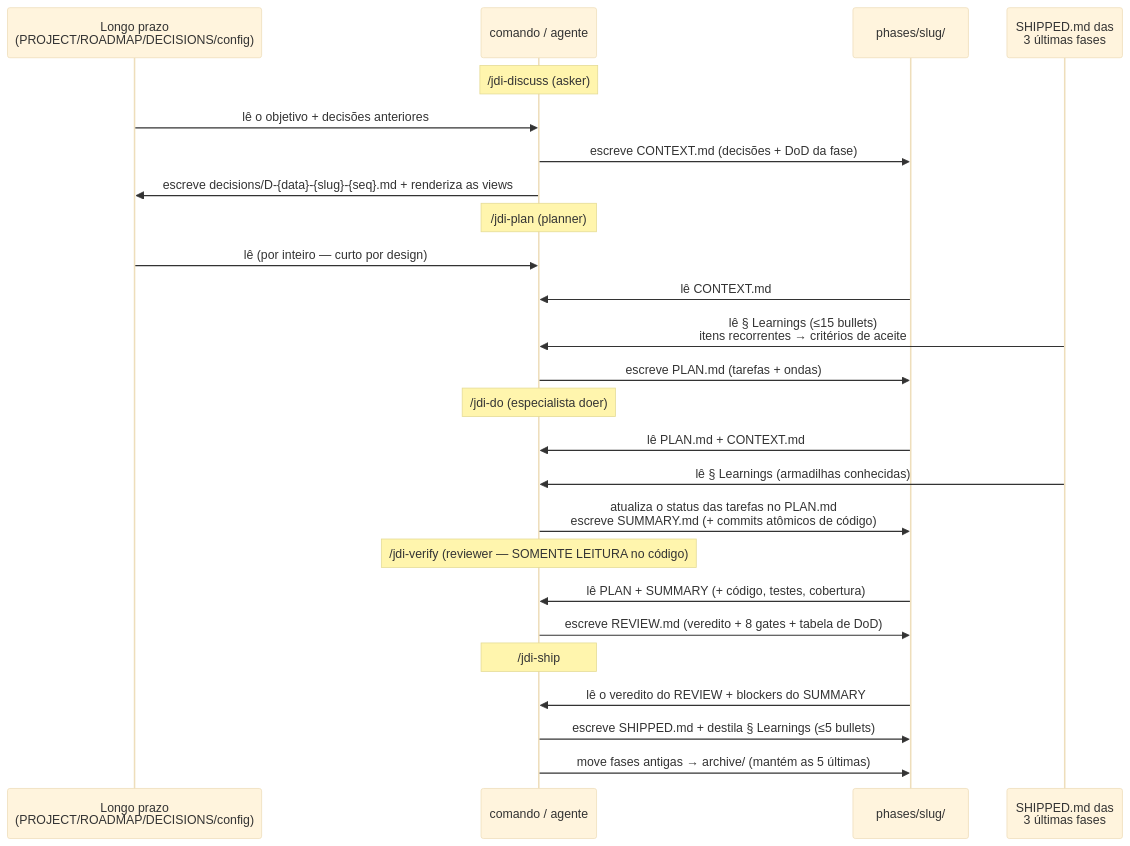
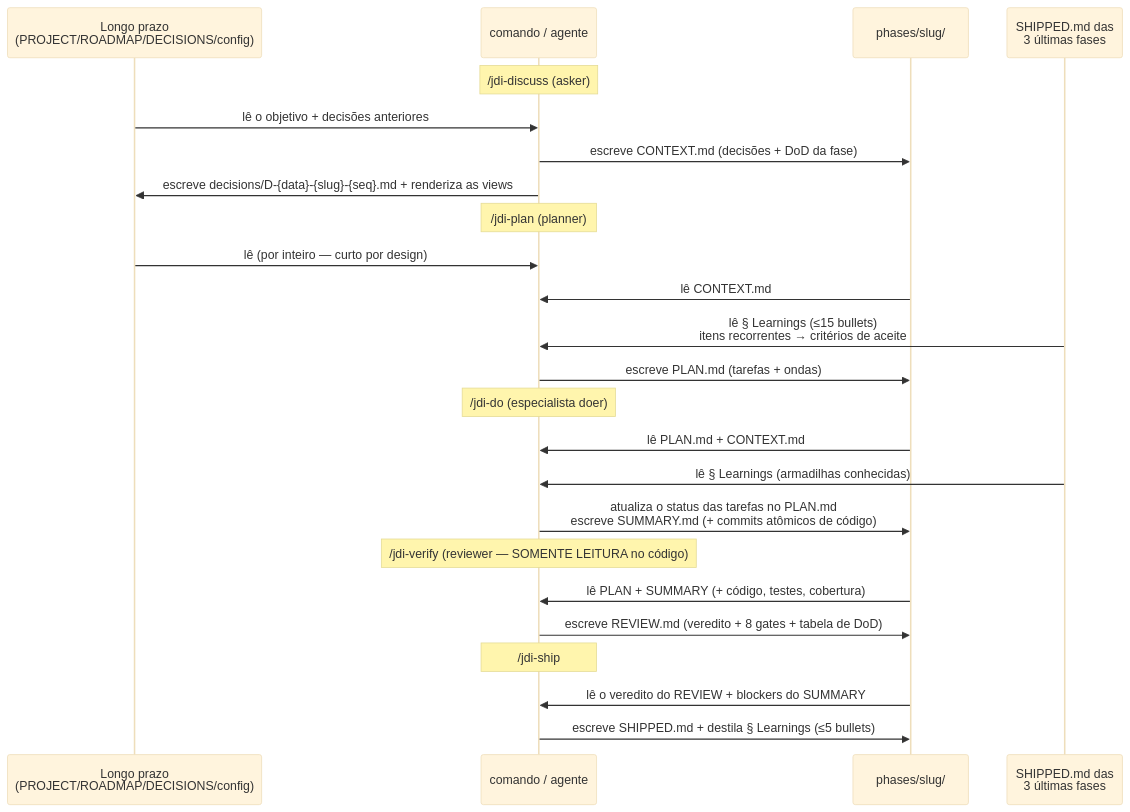
One commit to slipalison/jdi-cli changed the fourth of 4 diagrams in README.pt-BR.md. Above: the diagram before and after it, drawn with Mermaid (base theme). The commit also changed other lines of this file and 91 other files, not shown here.

````diff
--- a/README.pt-BR.md
+++ b/README.pt-BR.md
@@ -257,32 +257,31 @@
 ```mermaid
 sequenceDiagram
     participant LT as Longo prazo<br/>(PROJECT/ROADMAP/DECISIONS/config)
     participant CMD as comando / agente
     participant PH as phases/slug/
     participant PREV as SHIPPED.md das<br/>3 últimas fases
 
     Note over CMD: /jdi-discuss (asker)
     LT->>CMD: lê o objetivo + decisões anteriores
     CMD->>PH: escreve CONTEXT.md (decisões + DoD da fase)
     CMD->>LT: escreve decisions/D-{data}-{slug}-{seq}.md + renderiza as views
 
     Note over CMD: /jdi-plan (planner)
     LT->>CMD: lê (por inteiro — curto por design)
     PH->>CMD: lê CONTEXT.md
     PREV->>CMD: lê § Learnings (≤15 bullets)<br/>itens recorrentes → critérios de aceite
     CMD->>PH: escreve PLAN.md (tarefas + ondas)
 
     Note over CMD: /jdi-do (especialista doer)
     PH->>CMD: lê PLAN.md + CONTEXT.md
     PREV->>CMD: lê § Learnings (armadilhas conhecidas)
     CMD->>PH: atualiza o status das tarefas no PLAN.md<br/>escreve SUMMARY.md (+ commits atômicos de código)
 
     Note over CMD: /jdi-verify (reviewer — SOMENTE LEITURA no código)
     PH->>CMD: lê PLAN + SUMMARY (+ código, testes, cobertura)
     CMD->>PH: escreve REVIEW.md (veredito + 8 gates + tabela de DoD)
 
     Note over CMD: /jdi-ship
     PH->>CMD: lê o veredito do REVIEW + blockers do SUMMARY
     CMD->>PH: escreve SHIPPED.md + destila § Learnings (≤5 bullets)
-    CMD->>PH: move fases antigas → archive/ (mantém as 5 últimas)
 ```
````
